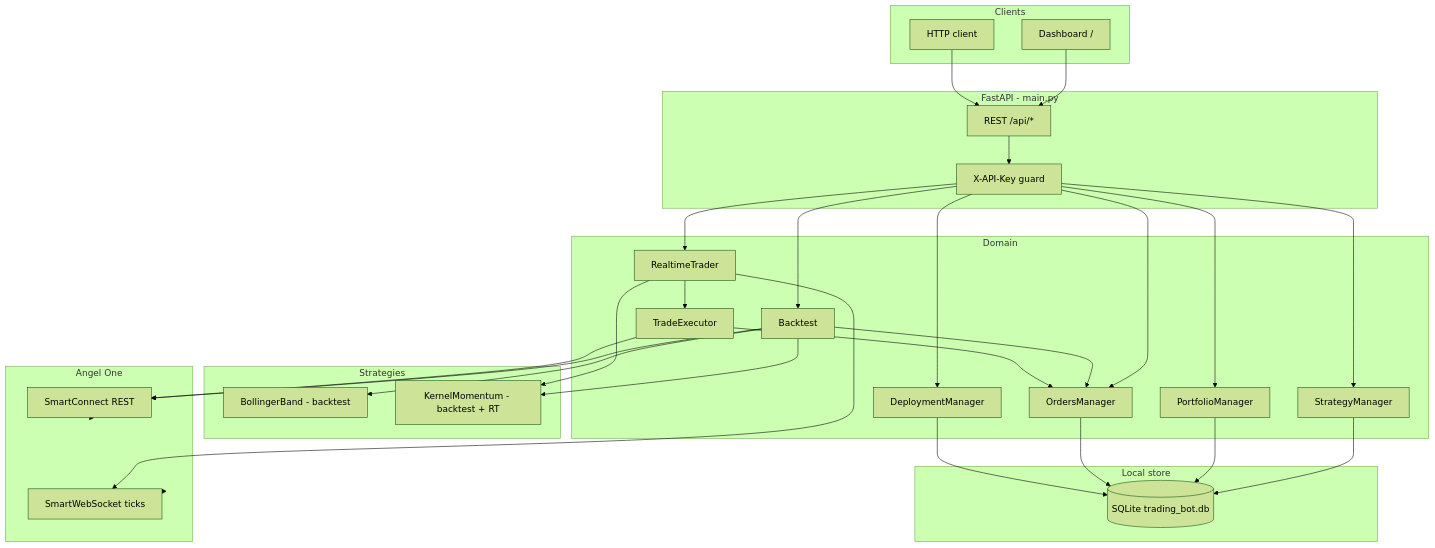
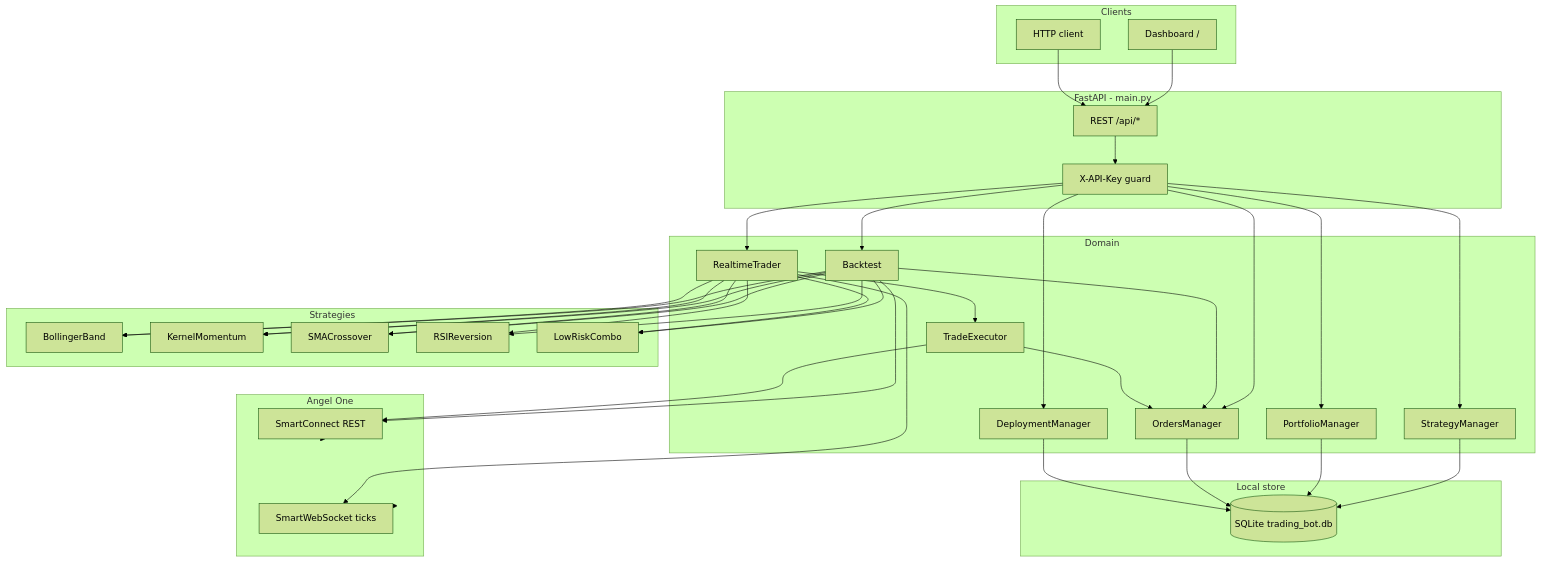
One commit to kanchana123/trading_bot changed the first of 4 diagrams in README.md. Above: the diagram before and after it, drawn with Mermaid (forest theme). The commit also changed other lines of this file and 24 other files, not shown here.

````diff
--- a/README.md
+++ b/README.md
@@ -28,61 +31,71 @@
 ```mermaid
 flowchart TB
   subgraph clients [Clients]
     Dash[Dashboard /]
     HttpClient[HTTP client]
   end
 
   subgraph api [FastAPI - main.py]
     Routes[REST /api/*]
     Auth[X-API-Key guard]
   end
 
   subgraph domain [Domain]
     SM[StrategyManager]
     PM[PortfolioManager]
     OM[OrdersManager]
     DM[DeploymentManager]
     BT[Backtest]
     RT[RealtimeTrader]
     EX[TradeExecutor]
   end
 
   subgraph strategies [Strategies]
-    BB[BollingerBand - backtest]
-    KM[KernelMomentum - backtest + RT]
+    BB[BollingerBand]
+    KM[KernelMomentum]
+    SMA[SMACrossover]
+    RSI[RSIReversion]
+    COMBO[LowRiskCombo]
   end
 
   subgraph persistence [Local store]
     DB[(SQLite trading_bot.db)]
   end
 
   subgraph broker [Angel One]
     HTTP[SmartConnect REST]
     WS[SmartWebSocket ticks]
   end
 
   Dash --> Routes
   HttpClient --> Routes
   Routes --> Auth
   Auth --> SM
   Auth --> PM
   Auth --> OM
   Auth --> DM
   Auth --> BT
   Auth --> RT
   SM --> DB
   PM --> DB
   OM --> DB
   DM --> DB
   BT --> BB
   BT --> KM
+  BT --> SMA
+  BT --> RSI
+  BT --> COMBO
   BT --> HTTP
   BT --> OM
+  RT --> BB
   RT --> KM
+  RT --> SMA
+  RT --> RSI
+  RT --> COMBO
   RT --> WS
   RT --> EX
   EX --> OM
   EX --> HTTP
   HTTP --> broker
   WS --> broker
 ```
````
